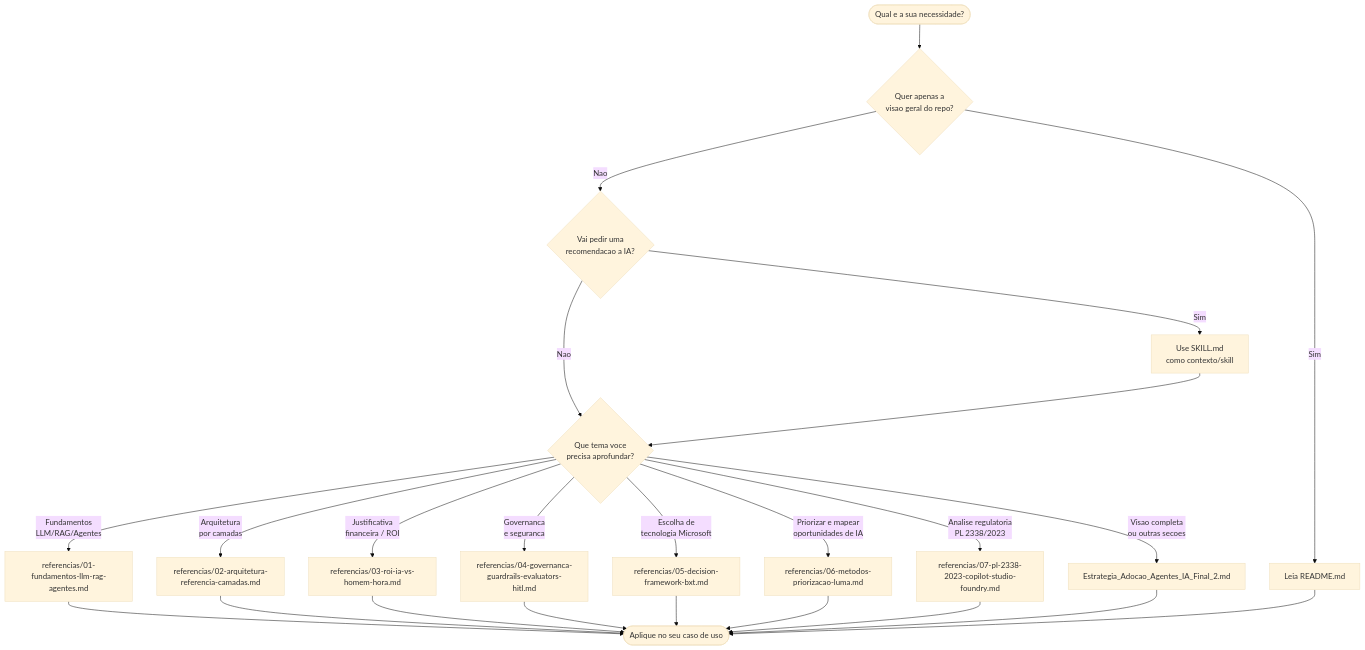
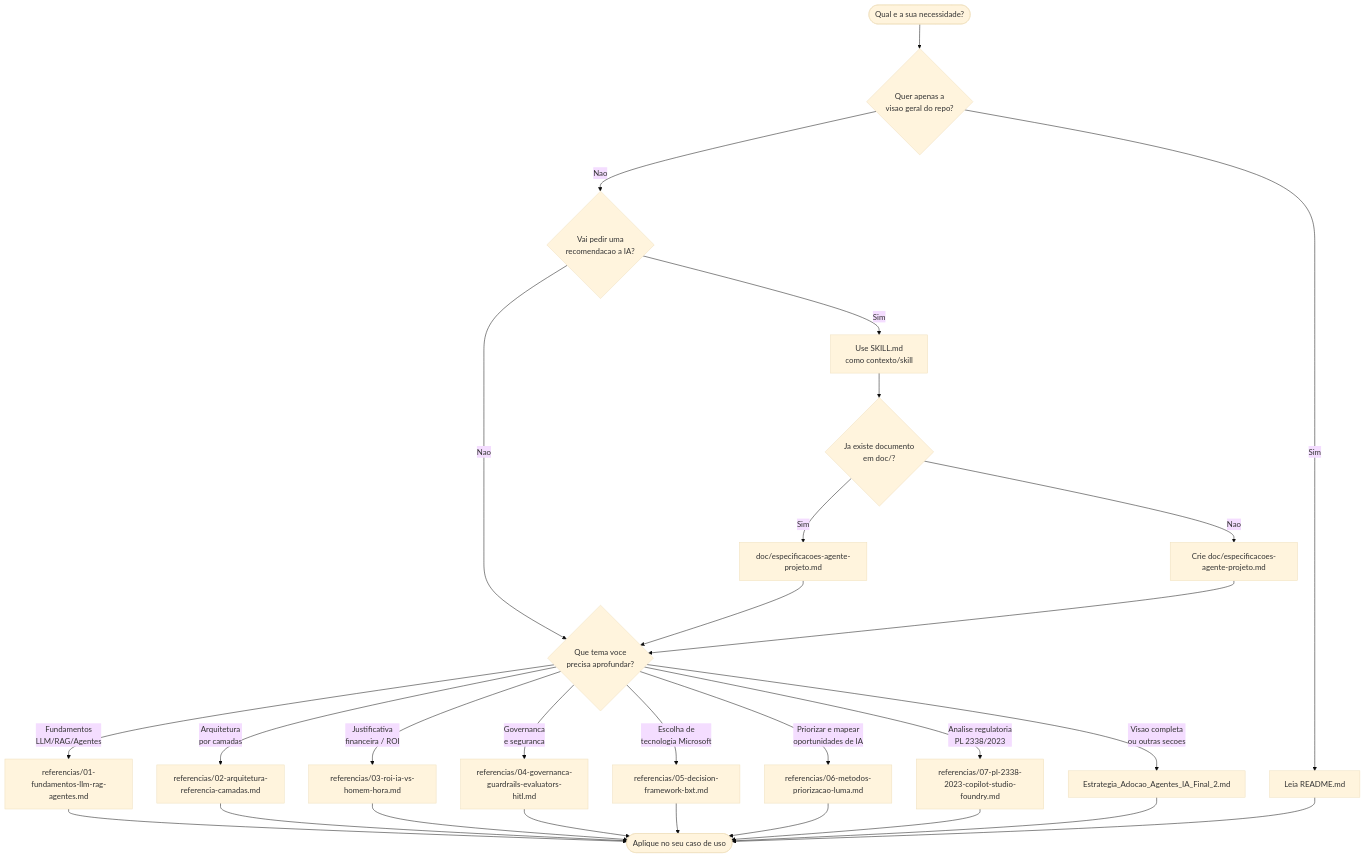
One commit to fabioharams/hubsp-ai-skill changed the second of 2 diagrams in README.md. Above: the diagram before and after it, drawn with Mermaid (base theme). The commit also changed other lines of this file and 1 other file, not shown here.

````diff
--- a/README.md
+++ b/README.md
@@ -67,30 +71,34 @@
 ```mermaid
 flowchart TD
     START([Qual e a sua necessidade?]) --> Q1{Quer apenas a<br/>visao geral do repo?}
     Q1 -- Sim --> README[Leia README.md]
     Q1 -- Nao --> Q2{Vai pedir uma<br/>recomendacao a IA?}
 
     Q2 -- Sim --> SKILL[Use SKILL.md<br/>como contexto/skill]
     Q2 -- Nao --> Q3{Que tema voce<br/>precisa aprofundar?}
 
-    SKILL --> Q3
+   SKILL --> QDOC{Ja existe documento<br/>em doc/?}
+   QDOC -- Sim --> DOC[doc/especificacoes-agente-projeto.md]
+   QDOC -- Nao --> DOCNEW[Crie doc/especificacoes-agente-projeto.md]
+   DOC --> Q3
+   DOCNEW --> Q3
 
     Q3 -- Fundamentos<br/>LLM/RAG/Agentes --> R1[referencias/01-fundamentos-llm-rag-agentes.md]
     Q3 -- Arquitetura<br/>por camadas --> R2[referencias/02-arquitetura-referencia-camadas.md]
     Q3 -- Justificativa<br/>financeira / ROI --> R3[referencias/03-roi-ia-vs-homem-hora.md]
     Q3 -- Governanca<br/>e seguranca --> R4[referencias/04-governanca-guardrails-evaluators-hitl.md]
     Q3 -- Escolha de<br/>tecnologia Microsoft --> R5[referencias/05-decision-framework-bxt.md]
     Q3 -- Priorizar e mapear<br/>oportunidades de IA --> R6[referencias/06-metodos-priorizacao-luma.md]
    Q3 -- Analise regulatoria<br/>PL 2338/2023 --> R7[referencias/07-pl-2338-2023-copilot-studio-foundry.md]
     Q3 -- Visao completa<br/>ou outras secoes --> CANON[Estrategia_Adocao_Agentes_IA_Final_2.md]
 
     R1 --> END([Aplique no seu caso de uso])
     R2 --> END
     R3 --> END
     R4 --> END
     R5 --> END
     R6 --> END
    R7 --> END
     CANON --> END
     README --> END
 ```
````
